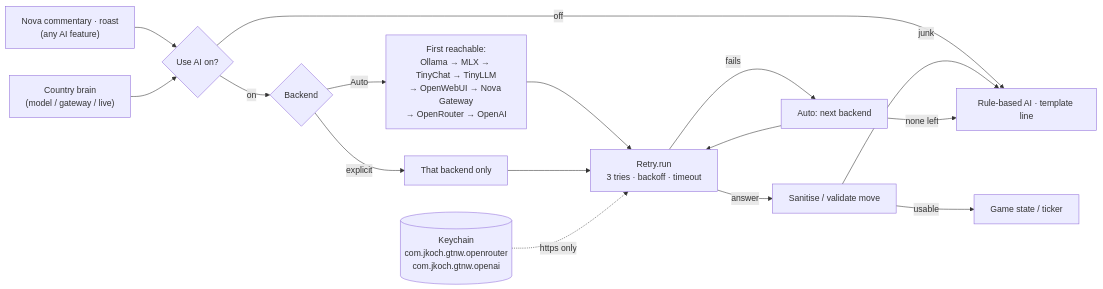
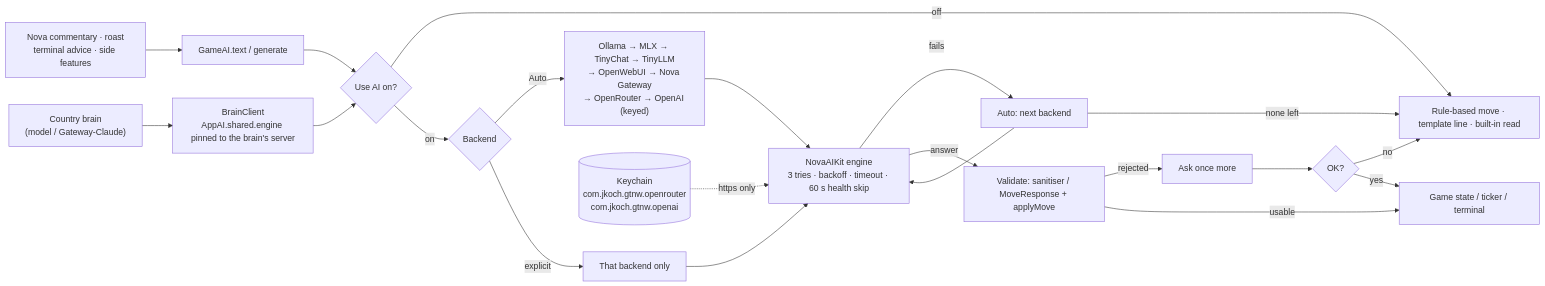
One commit to kochj23/GTNW changed diagram 23 of 23 in README.md. Above: the diagram before and after it, drawn with Mermaid. The commit also changed other lines of this file and 45 other files, not shown here.

First line of the commit message:
feat: 3.24.0 — AI options from NovaAIKit 1.0.0

````diff
--- a/README.md
+++ b/README.md
@@ -1190,16 +1206,20 @@
 ```mermaid
 flowchart LR
-  F["Nova commentary · roast<br/>(any AI feature)"] --> M{"Use AI on?"}
-  B["Country brain<br/>(model / gateway / live)"] --> M
-  M -- off --> R["Rule-based AI · template line"]
+  F["Nova commentary · roast<br/>terminal advice · side features"] --> GAI["GameAI.text / generate"]
+  B["Country brain<br/>(model / Gateway-Claude)"] --> BR["BrainClient<br/>AppAI.shared.engine pinned to the brain's server"]
+  GAI --> M{"Use AI on?"}
+  BR --> M
+  M -- off --> R["Rule-based move · template line · built-in read"]
   M -- on --> SEL{"Backend"}
-  SEL -- Auto --> CH["First reachable:<br/>Ollama → MLX → TinyChat → TinyLLM<br/>→ OpenWebUI → Nova Gateway<br/>→ OpenRouter → OpenAI"]
+  SEL -- Auto --> CH["Ollama → MLX → TinyChat → TinyLLM<br/>→ OpenWebUI → Nova Gateway<br/>→ OpenRouter → OpenAI (keyed)"]
   SEL -- explicit --> ONE["That backend only"]
-  CH & ONE --> RT["Retry.run<br/>3 tries · backoff · timeout"]
+  CH & ONE --> RT["NovaAIKit engine<br/>3 tries · backoff · timeout · 60 s health skip"]
   RT -- fails --> NEXT["Auto: next backend"] --> RT
-  RT -- answer --> SAN["Sanitise / validate move"]
-  SAN -- usable --> G["Game state / ticker"]
-  SAN -- junk --> R
+  RT -- answer --> V["Validate: sanitiser / MoveResponse + applyMove"]
+  V -- rejected --> RE["Ask once more"] --> V2{"OK?"}
+  V2 -- no --> R
+  V -- usable --> G["Game state / ticker / terminal"]
+  V2 -- yes --> G
   NEXT -- none left --> R
   K[("Keychain<br/>com.jkoch.gtnw.openrouter<br/>com.jkoch.gtnw.openai")] -. https only .-> RT
 ```
````
